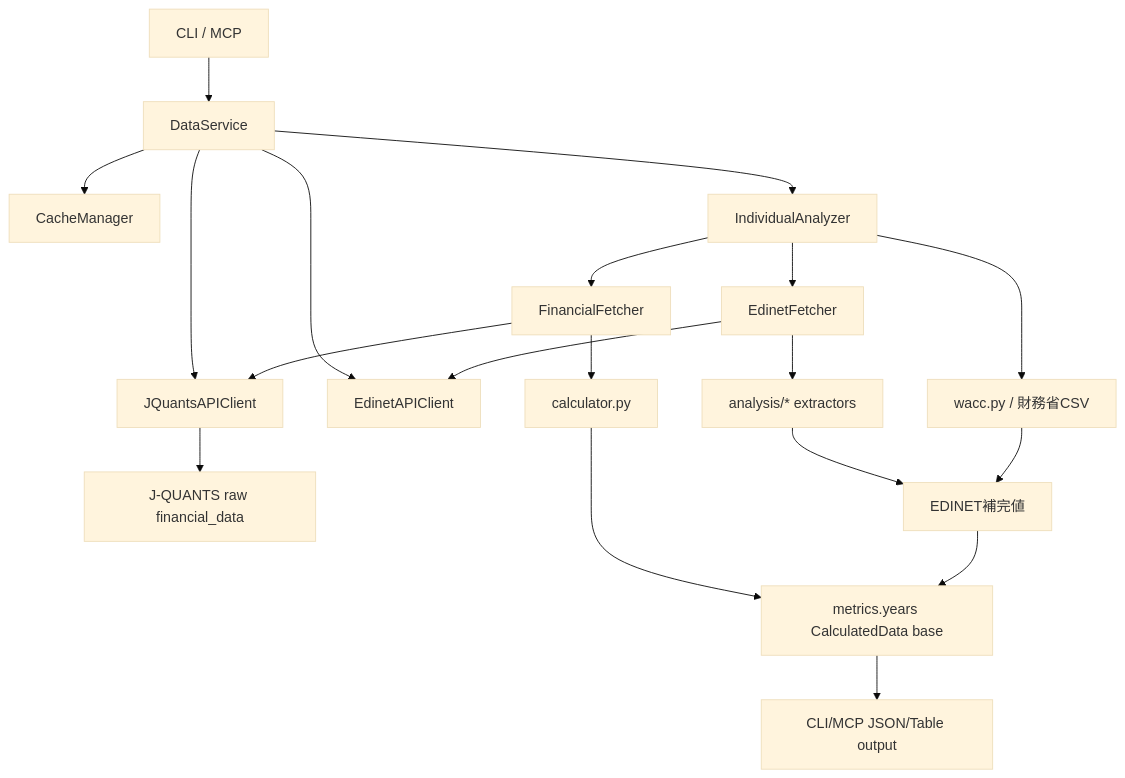
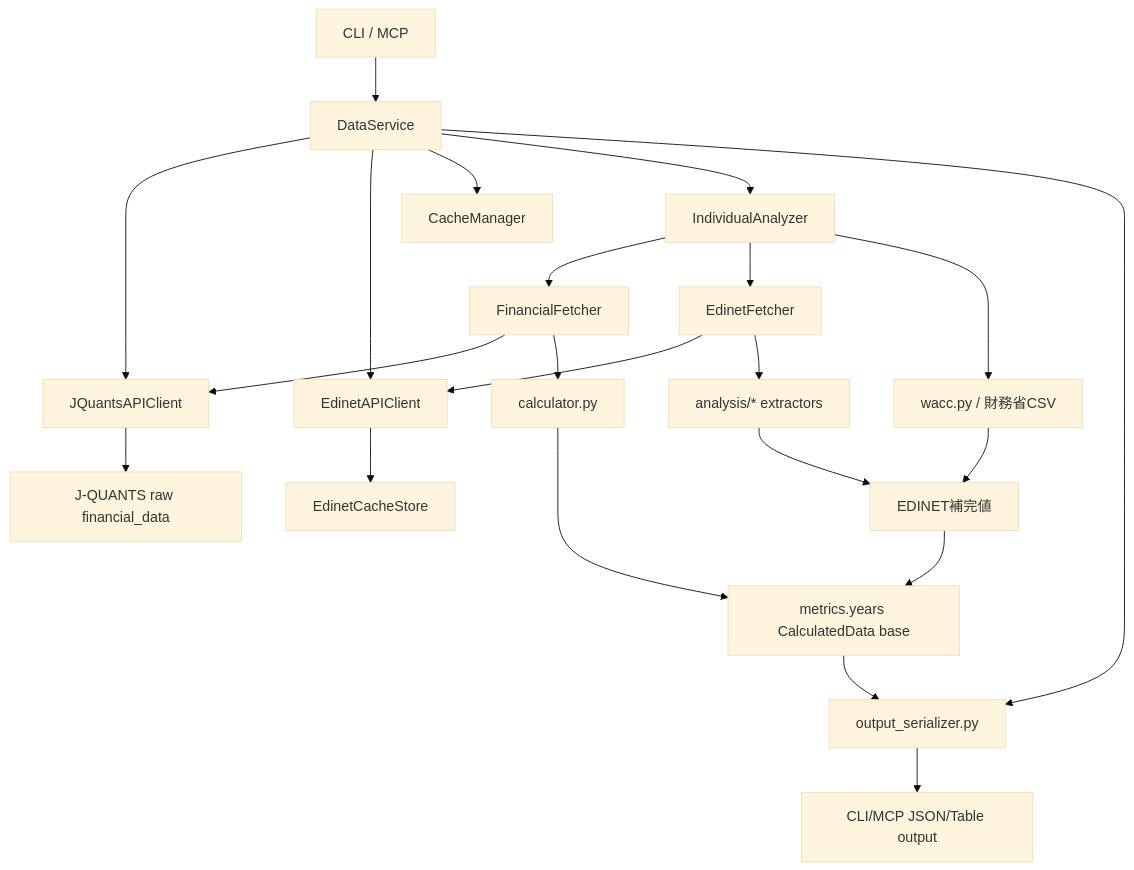
One commit to sollahiro/mebuki changed the diagram in docs/architecture-review.md. Above: the diagram before and after it, drawn with Mermaid (base theme). The commit also changed other lines of this file and 3 other files, not shown here.

First line of the commit message:
refactor: remove ARCHITECTURE.md and update dependencies management documentation

````diff
--- a/docs/architecture-review.md
+++ b/docs/architecture-review.md
@@ -9,23 +12,26 @@
 ```mermaid
 flowchart TD
     CLI["CLI / MCP"] --> DS["DataService"]
     DS --> JQ["JQuantsAPIClient"]
     DS --> ED["EdinetAPIClient"]
     DS --> CM["CacheManager"]
     DS --> IA["IndividualAnalyzer"]
+    DS --> SER["output_serializer.py"]
 
     IA --> FF["FinancialFetcher"]
     IA --> EF["EdinetFetcher"]
     FF --> JQ
     FF --> CALC["calculator.py"]
     EF --> ED
+    ED --> ECS["EdinetCacheStore"]
     EF --> XBRL["analysis/* extractors"]
     IA --> WACC["wacc.py / 財務省CSV"]
 
     JQ --> RAW["J-QUANTS raw financial_data"]
     CALC --> BASE["metrics.years CalculatedData base"]
     XBRL --> SUPP["EDINET補完値"]
     WACC --> SUPP
     SUPP --> BASE
-    BASE --> OUT["CLI/MCP JSON/Table output"]
+    BASE --> SER
+    SER --> OUT["CLI/MCP JSON/Table output"]
 ```
````
